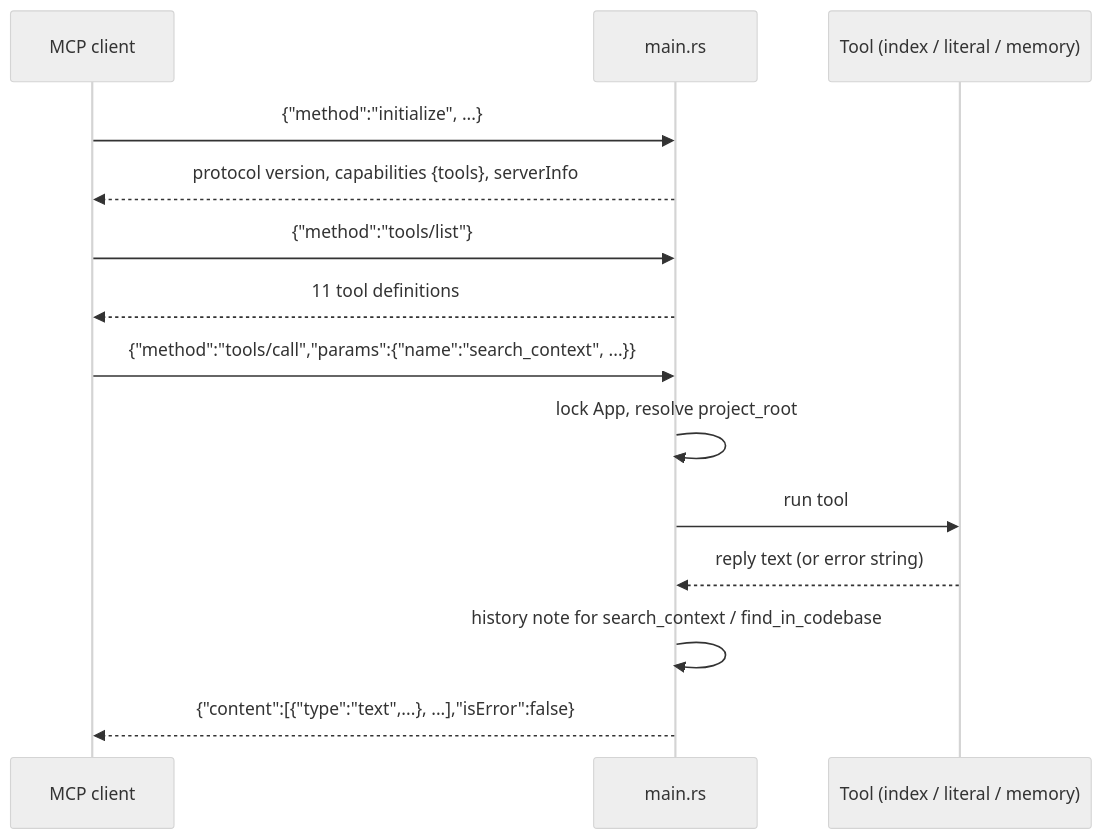
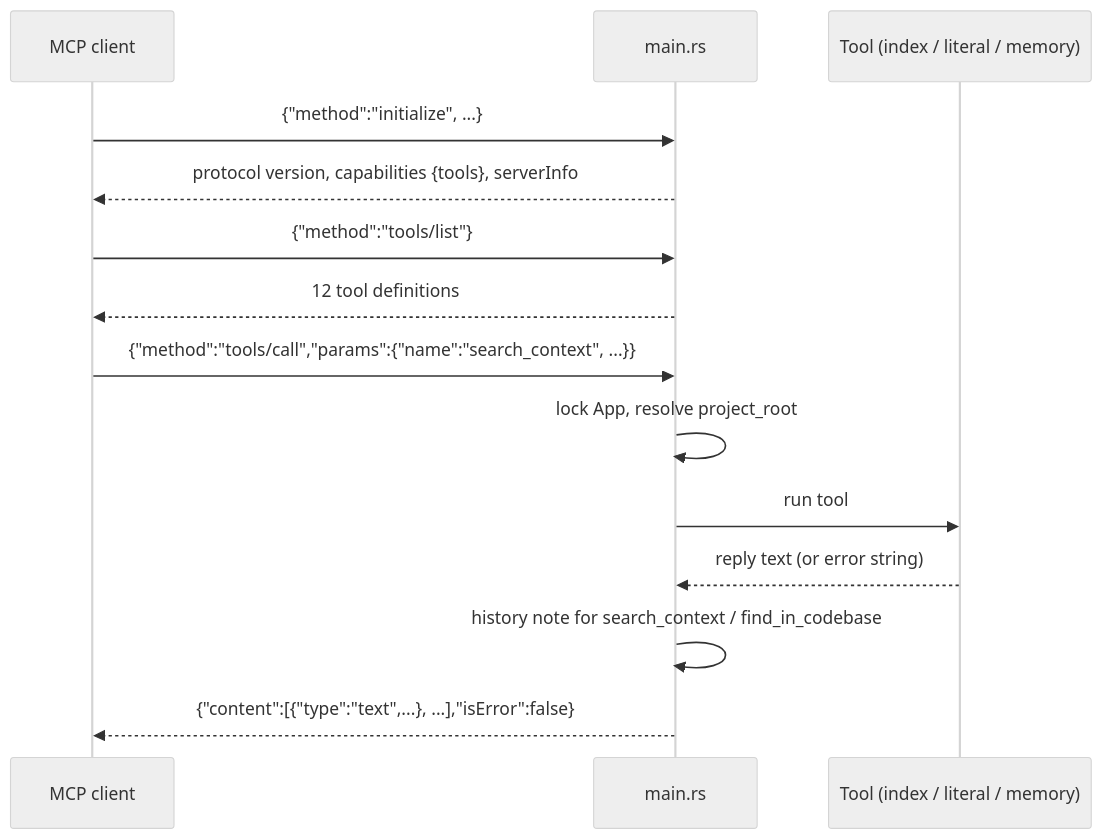
Before and after one commit to InSelfControll/context-broker-rs: the second of 5 diagrams in ARCHITECTURE.md, drawn with Mermaid (neutral theme). The commit also changed other lines of this file and 11 other files, not shown here.

First line of the commit message:
Add Obsidian and Graphify storage, detection, export and graph queries

````diff
--- a/ARCHITECTURE.md
+++ b/ARCHITECTURE.md
@@ -52,16 +56,16 @@
 ```mermaid
 sequenceDiagram
     participant C as MCP client
     participant M as main.rs
     participant T as Tool (index / literal / memory)
     C->>M: {"method":"initialize", ...}
     M-->>C: protocol version, capabilities {tools}, serverInfo
     C->>M: {"method":"tools/list"}
-    M-->>C: 11 tool definitions
+    M-->>C: 12 tool definitions
     C->>M: {"method":"tools/call","params":{"name":"search_context", ...}}
     M->>M: lock App, resolve project_root
     M->>T: run tool
     T-->>M: reply text (or error string)
     M->>M: history note for search_context / find_in_codebase
     M-->>C: {"content":[{"type":"text",...}, ...],"isError":false}
 ```
````
